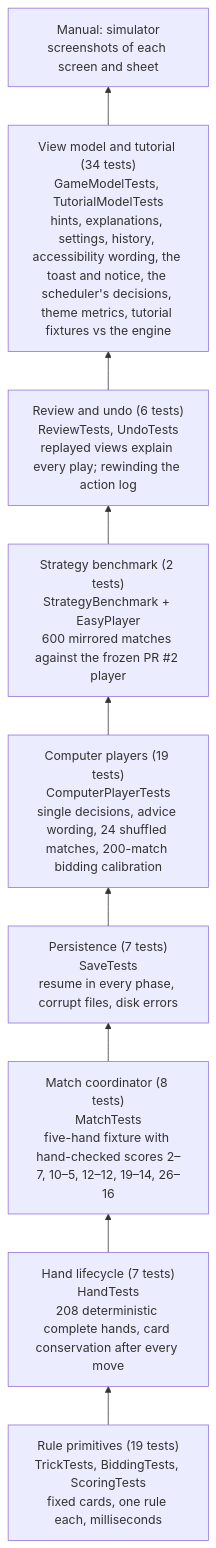
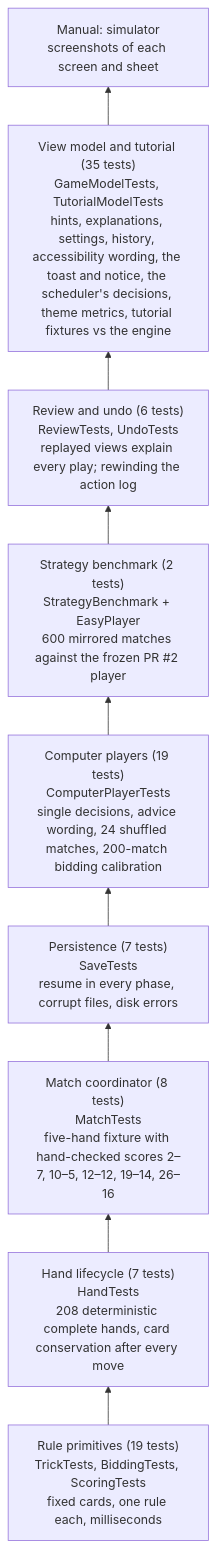
The first of 2 diagrams in docs/testing.md (cmurphy1140/catch-5), drawn with Mermaid before and after one commit. The commit also changed other lines of this file and 15 other files, not shown here.

````diff
--- a/docs/testing.md
+++ b/docs/testing.md
@@ -40,13 +40,13 @@
 ```mermaid
 flowchart BT
     L1["Rule primitives (19 tests)<br/>TrickTests, BiddingTests, ScoringTests<br/>fixed cards, one rule each, milliseconds"]
     L2["Hand lifecycle (7 tests)<br/>HandTests<br/>208 deterministic complete hands, card conservation after every move"]
     L3["Match coordinator (8 tests)<br/>MatchTests<br/>five-hand fixture with hand-checked scores 2–7, 10–5, 12–12, 19–14, 26–16"]
     L4["Persistence (7 tests)<br/>SaveTests<br/>resume in every phase, corrupt files, disk errors"]
     L5["Computer players (19 tests)<br/>ComputerPlayerTests<br/>single decisions, advice wording, 24 shuffled matches, 200-match bidding calibration"]
     L5b["Strategy benchmark (2 tests)<br/>StrategyBenchmark + EasyPlayer<br/>600 mirrored matches against the frozen PR #2 player"]
     L5c["Review and undo (6 tests)<br/>ReviewTests, UndoTests<br/>replayed views explain every play; rewinding the action log"]
-    L6["View model and tutorial (34 tests)<br/>GameModelTests, TutorialModelTests<br/>hints, explanations, settings, history, accessibility wording, the toast and notice, the scheduler's decisions, theme metrics, tutorial fixtures vs the engine"]
+    L6["View model and tutorial (35 tests)<br/>GameModelTests, TutorialModelTests<br/>hints, explanations, settings, history, accessibility wording, the toast and notice, the scheduler's decisions, theme metrics, tutorial fixtures vs the engine"]
     L7["Manual: simulator<br/>screenshots of each screen and sheet"]
     L1 --> L2 --> L3 --> L4 --> L5 --> L5b --> L5c --> L6 --> L7
 ```
````
